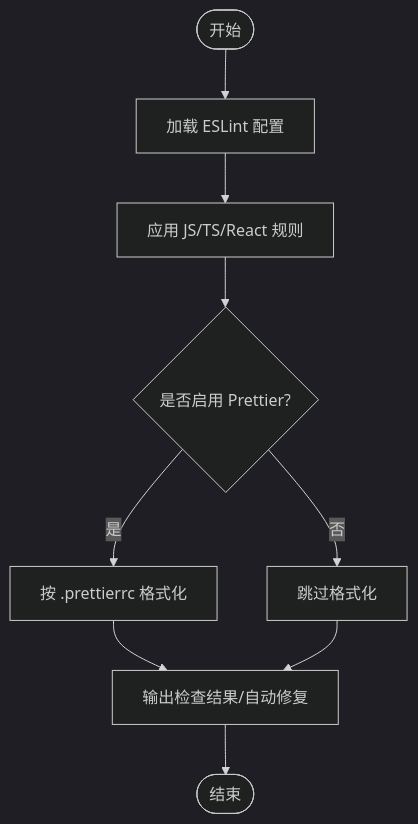
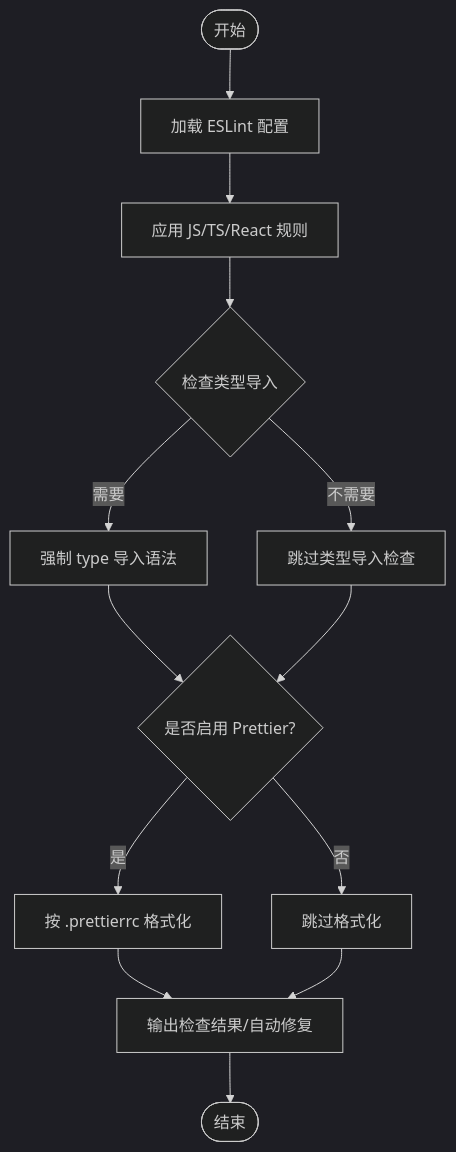
The third of 8 diagrams in .qoder/repowiki/zh/content/开发工具.md (liqiongke/FrontArk), drawn with Mermaid (dark theme) before and after one commit. The commit also changed other lines of this file and 17 other files, not shown here.

````diff
--- a/.qoder/repowiki/zh/content/开发工具.md
+++ b/.qoder/repowiki/zh/content/开发工具.md
@@ -119,11 +137,15 @@
 ```mermaid
 flowchart TD
 Start(["开始"]) --> LoadCfg["加载 ESLint 配置"]
 LoadCfg --> ApplyRules["应用 JS/TS/React 规则"]
-ApplyRules --> Format{"是否启用 Prettier?"}
+ApplyRules --> TypeImports{"检查类型导入"}
+TypeImports --> |需要| FixTypeImports["强制 type 导入语法"]
+TypeImports --> |不需要| SkipTypeImports["跳过类型导入检查"]
+FixTypeImports --> Format{"是否启用 Prettier?"}
+SkipTypeImports --> Format
 Format --> |是| FixStyle["按 .prettierrc 格式化"]
 Format --> |否| SkipFormat["跳过格式化"]
 FixStyle --> Report["输出检查结果/自动修复"]
 SkipFormat --> Report
 Report --> End(["结束"])
 ```
````
